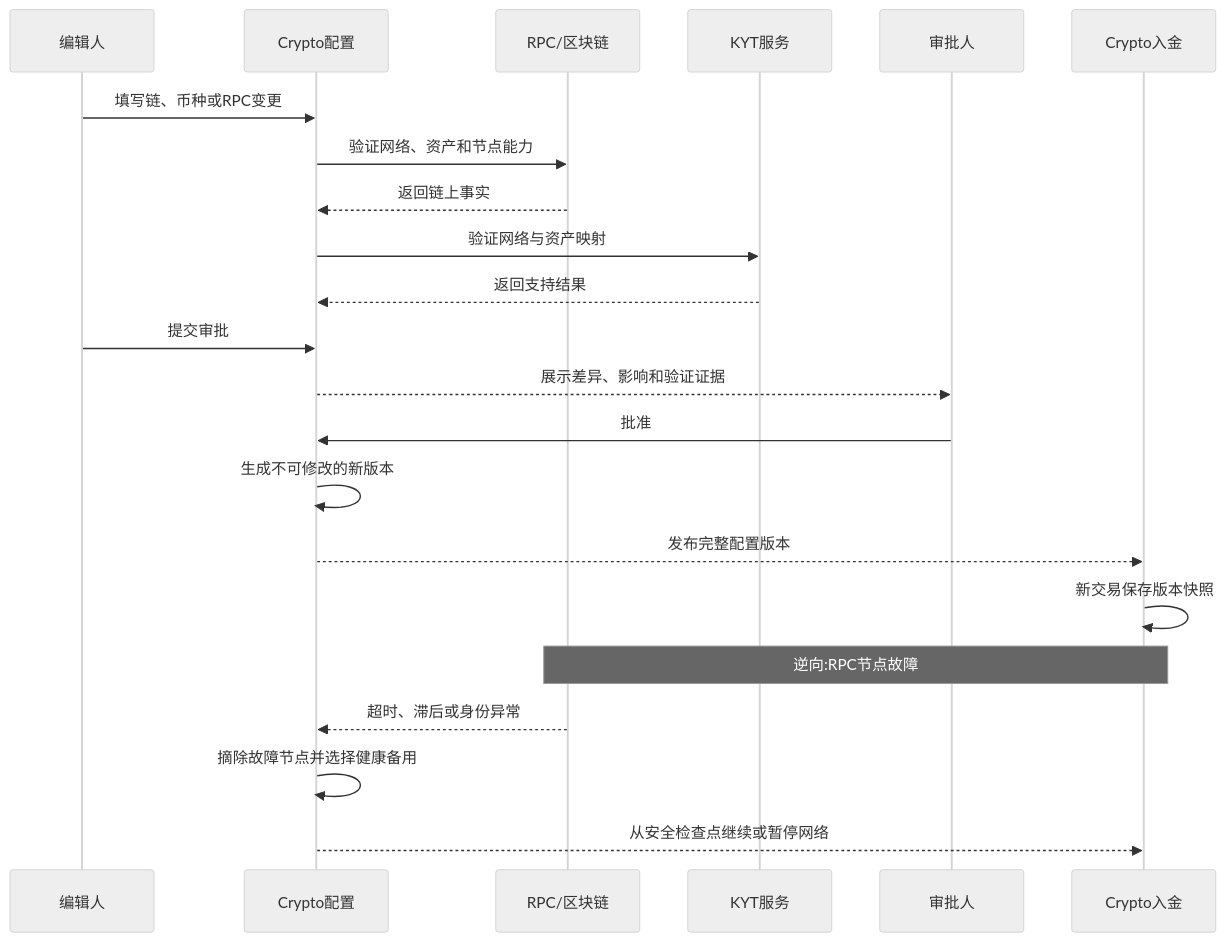
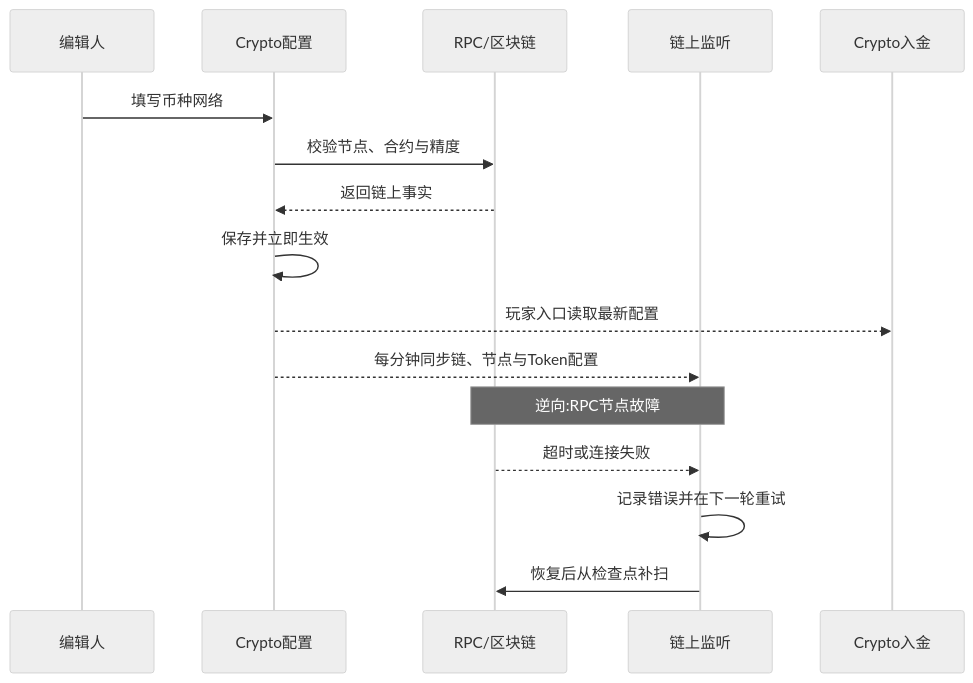
One commit to bingo-lab-1/bingo-figma changed the diagram in M5-财务管理/5.15-Crypto配置/README.md. Above: the diagram before and after it, drawn with Mermaid (neutral theme). The commit also changed other lines of this file and 11 other files, not shown here.

````diff
--- a/M5-财务管理/5.15-Crypto配置/README.md
+++ b/M5-财务管理/5.15-Crypto配置/README.md
@@ -506,26 +486,20 @@
 ```mermaid
 sequenceDiagram
     participant 编辑人
     participant 配置 as Crypto配置
     participant 链 as RPC/区块链
-    participant 风控 as KYT服务
-    participant 审批人
+    participant 监听 as 链上监听
     participant 入金 as Crypto入金
 
-    编辑人->>配置: 填写链、币种或RPC变更
-    配置->>链: 验证网络、资产和节点能力
+    编辑人->>配置: 填写币种网络
+    配置->>链: 校验节点、合约与精度
     链-->>配置: 返回链上事实
-    配置->>风控: 验证网络与资产映射
-    风控-->>配置: 返回支持结果
-    编辑人->>配置: 提交审批
-    配置-->>审批人: 展示差异、影响和验证证据
-    审批人->>配置: 批准
-    配置->>配置: 生成不可修改的新版本
-    配置-->>入金: 发布完整配置版本
-    入金->>入金: 新交易保存版本快照
+    配置->>配置: 保存并立即生效
+    配置-->>入金: 玩家入口读取最新配置
+    配置-->>监听: 每分钟同步链、节点与Token配置
 
-    Note over 链,入金: 逆向:RPC节点故障
-    链-->>配置: 超时、滞后或身份异常
-    配置->>配置: 摘除故障节点并选择健康备用
-    配置-->>入金: 从安全检查点继续或暂停网络
+    Note over 链,监听: 逆向:RPC节点故障
+    链-->>监听: 超时或连接失败
+    监听->>监听: 记录错误并在下一轮重试
+    监听->>链: 恢复后从检查点补扫
 ```
````
